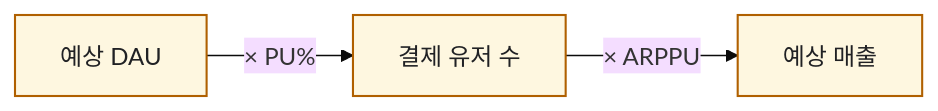
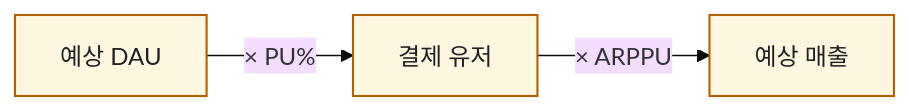
The first of 4 diagrams in content/blog/revenue-simulation-dau-pu-arppu.md (DBhyeong/DBhyeong.github.io), drawn with Mermaid (base theme) before and after one commit. The commit also changed other lines of this file and 9 other files, not shown here.

````diff
--- a/content/blog/revenue-simulation-dau-pu-arppu.md
+++ b/content/blog/revenue-simulation-dau-pu-arppu.md
@@ -19,7 +19,7 @@
 ```mermaid
 flowchart LR
   classDef b fill:#fef7e0,stroke:#b06000,stroke-width:1.4px,color:#202124
-  DAU["예상 DAU"] -->|"× PU%"| PU["결제 유저 수"]
+  DAU["예상 DAU"] -->|"× PU%"| PU["결제 유저"]
   PU -->|"× ARPPU"| REV["예상 매출"]
   class DAU,PU,REV b
 ```
````
